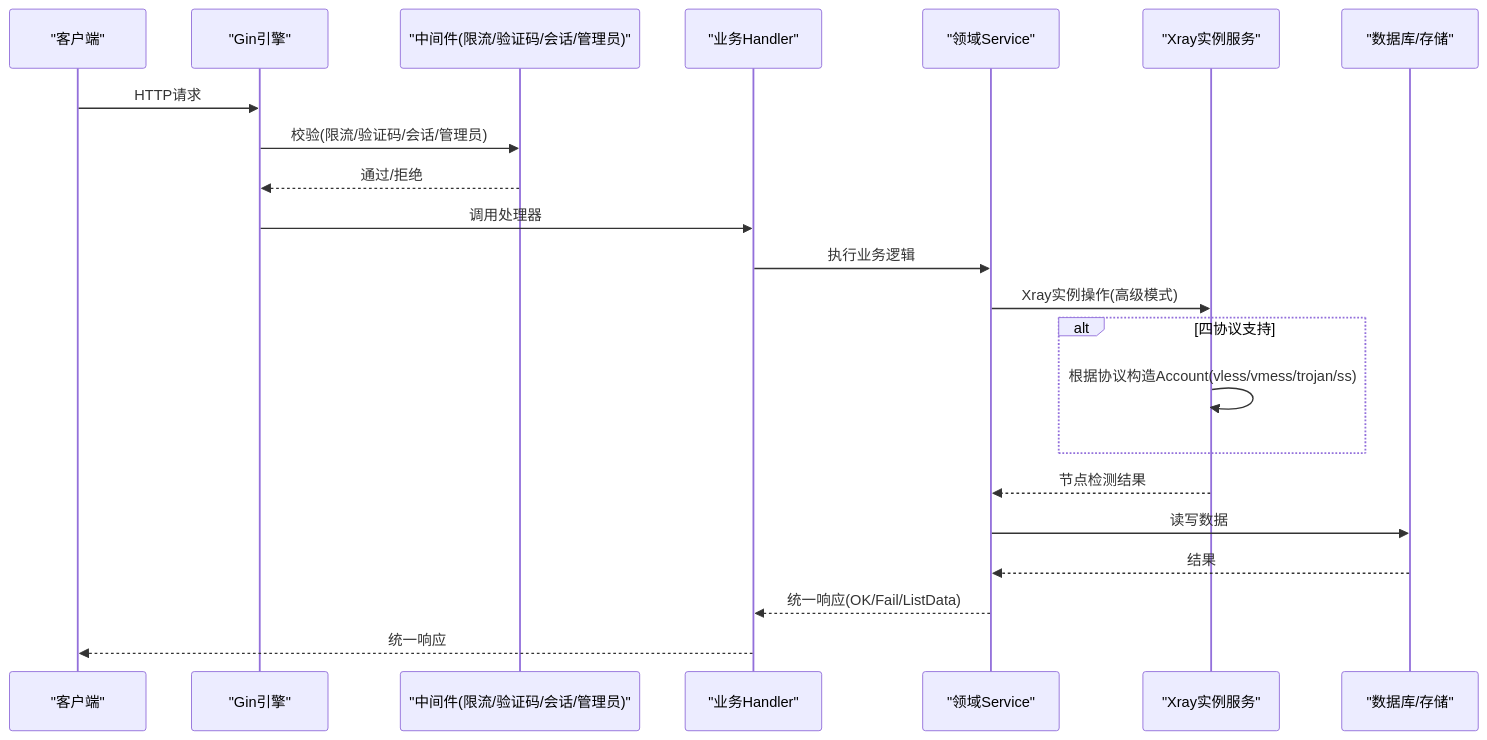
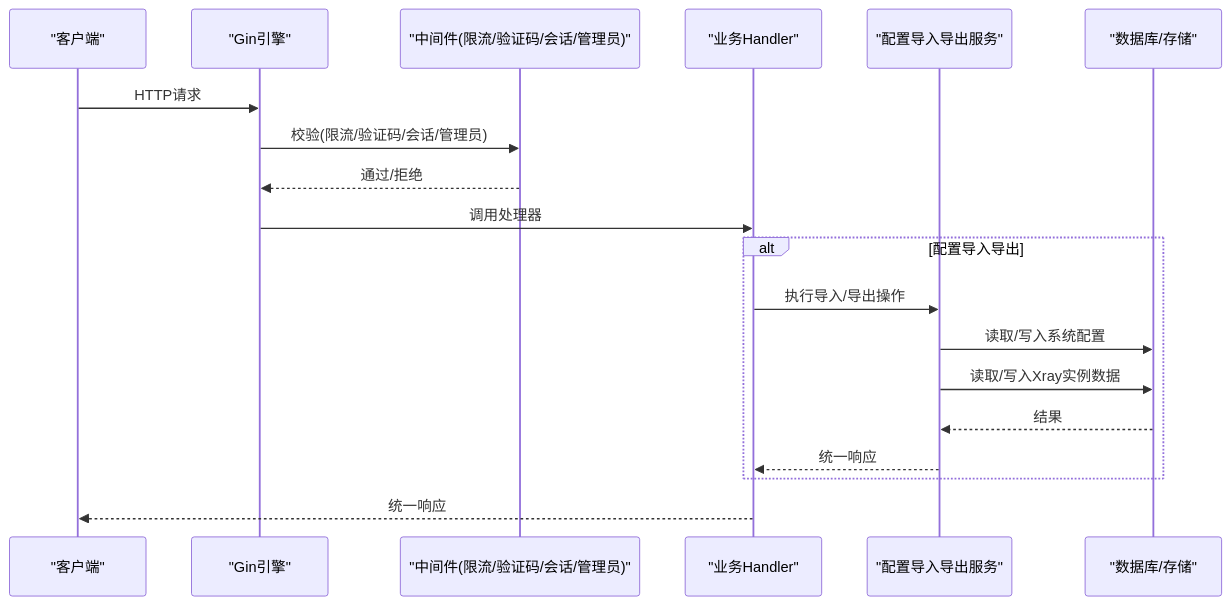
One commit to AlcaProphet/VPN-Subscription-Management changed the second of 6 diagrams in .qoder/repowiki/zh/content/API接口文档/API接口文档.md. Above: the diagram before and after it, drawn with Mermaid. The commit also changed other lines of this file and 20 other files, not shown here.

````diff
--- a/.qoder/repowiki/zh/content/API接口文档/API接口文档.md
+++ b/.qoder/repowiki/zh/content/API接口文档/API接口文档.md
@@ -106,24 +109,21 @@
 ```mermaid
 sequenceDiagram
 participant Client as "客户端"
 participant Gin as "Gin引擎"
 participant MW as "中间件(限流/验证码/会话/管理员)"
 participant Handler as "业务Handler"
-participant Svc as "领域Service"
-participant Xray as "Xray实例服务"
+participant ExportSvc as "配置导入导出服务"
 participant DB as "数据库/存储"
 Client->>Gin : HTTP请求
 Gin->>MW : 校验(限流/验证码/会话/管理员)
 MW-->>Gin : 通过/拒绝
 Gin->>Handler : 调用处理器
-Handler->>Svc : 执行业务逻辑
-Svc->>Xray : Xray实例操作(高级模式)
-alt 四协议支持
-Xray->>Xray : 根据协议构造Account(vless/vmess/trojan/ss)
+alt 配置导入导出
+Handler->>ExportSvc : 执行导入/导出操作
+ExportSvc->>DB : 读取/写入系统配置
+ExportSvc->>DB : 读取/写入Xray实例数据
+DB-->>ExportSvc : 结果
+ExportSvc-->>Handler : 统一响应
 end
-Xray-->>Svc : 节点检测结果
-Svc->>DB : 读写数据
-DB-->>Svc : 结果
-Svc-->>Handler : 统一响应(OK/Fail/ListData)
 Handler-->>Client : 统一响应
 ```
````
